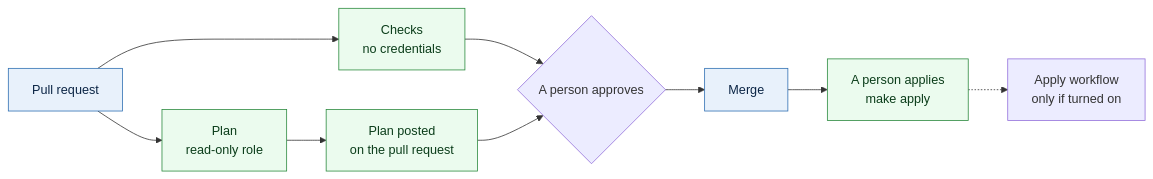
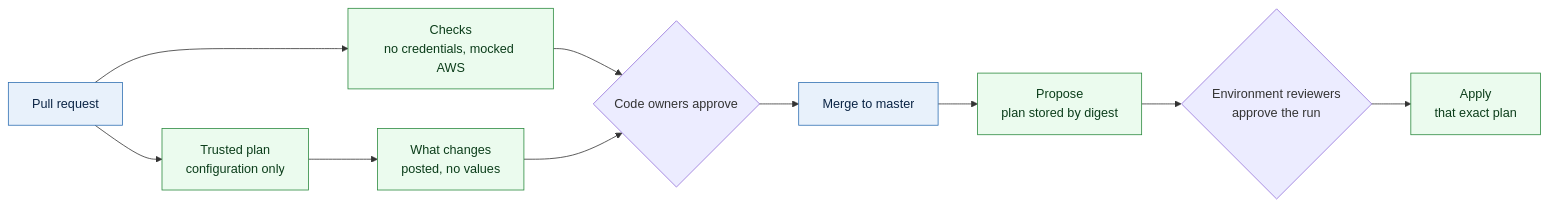
Before and after one commit to justin-samuel12/terraform-aws-scaffold: the diagram in docs/ci-cd.md, drawn with Mermaid. The commit also changed other lines of this file and 199 other files, not shown here.

First line of the commit message:
infra: duty-scoped pipeline roles, exact plan approval, parent gateways

````diff
--- a/docs/ci-cd.md
+++ b/docs/ci-cd.md
@@ -12,16 +15,17 @@
 ```mermaid
 flowchart LR
-  pr["Pull request"] --> checks["Checks<br/>no credentials"]
-  pr --> plan["Plan<br/>read-only role"]
-  plan --> comment["Plan posted<br/>on the pull request"]
-  checks --> review{"A person approves"}
+  pr["Pull request"] --> checks["Checks<br/>no credentials, mocked AWS"]
+  pr --> plan["Trusted plan<br/>configuration only"]
+  plan --> comment["What changes<br/>posted, no values"]
+  checks --> review{"Code owners approve"}
   comment --> review
-  review --> merge["Merge"]
-  merge --> apply["A person applies<br/>make apply"]
-  apply -.-> later["Apply workflow<br/>only if turned on"]
+  review --> merge["Merge to master"]
+  merge --> propose["Propose<br/>plan stored by digest"]
+  propose --> approve{"Environment reviewers<br/>approve the run"}
+  approve --> apply["Apply<br/>that exact plan"]
 
   classDef r fill:#e8f1fb,stroke:#2f6fb3,color:#0b2545
   classDef s fill:#ebfbee,stroke:#2b8a3e,color:#0b3d1a
   class pr,merge r
-  class checks,plan,comment,apply s
+  class checks,plan,comment,propose,apply s
 ```
````
